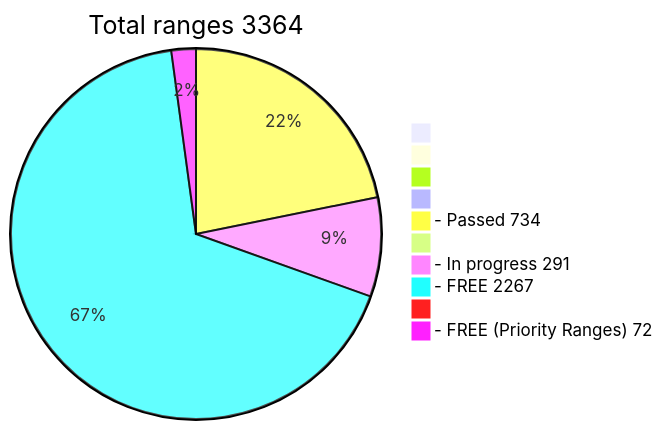
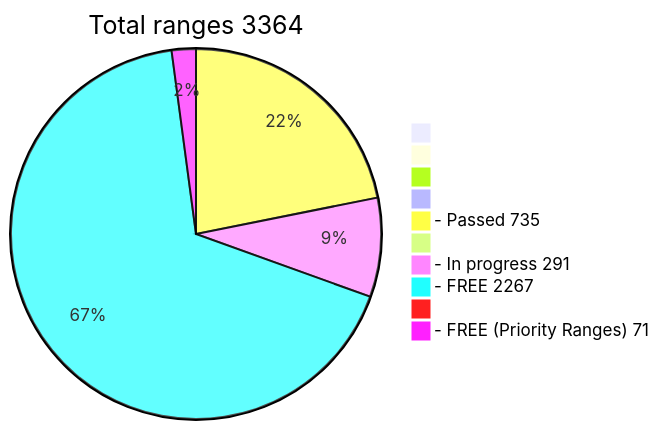
Before and after one commit to phrutis/wif500: the diagram in README.md, drawn with Mermaid.

````diff
--- a/README.md
+++ b/README.md
@@ -16,13 +16,13 @@
 ```mermaid
 pie title Total ranges 3364
              " " : 0
             "  " : 0
            "   " : 0
           "    " : 0
-  "- Passed 734" : 734
+  "- Passed 735" : 735
          "     " : 0
   "- In progress 291" : 291
    "- FREE 2267" : 2267
         "      " : 0
-  "- FREE (Priority Ranges) 72" : 72
+  "- FREE (Priority Ranges) 71" : 71
 ```
````
